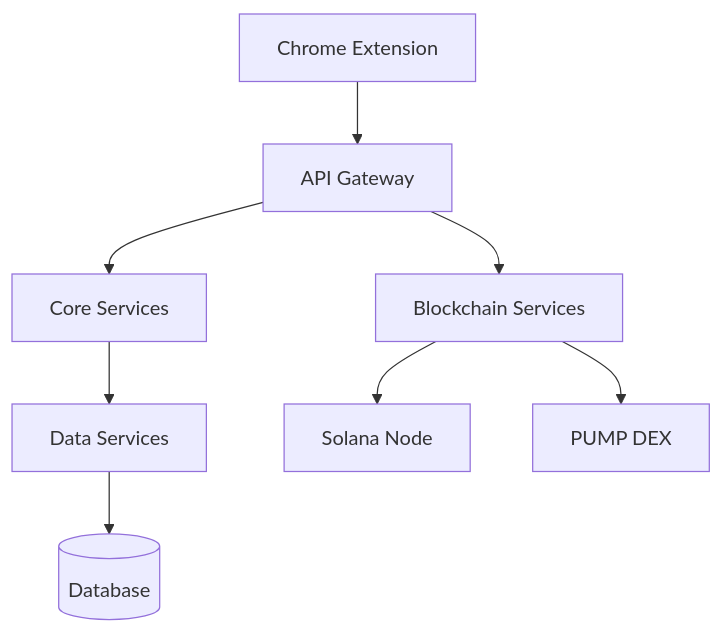
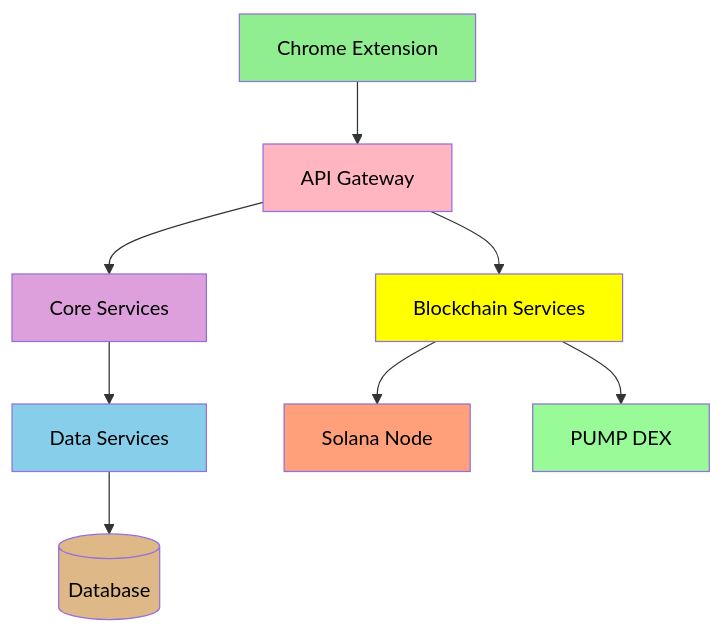
The first of 4 diagrams in docs/technical-architecture.md (MEMEFANS/memefans), drawn with Mermaid before and after one commit. The commit also changed other lines of this file and 15 other files, not shown here.

Commit message:
docs: update Mermaid diagram formats to use HTML div format for better rendering

````diff
--- a/docs/technical-architecture.md
+++ b/docs/technical-architecture.md
@@ -7,10 +7,19 @@
-```mermaid
+<div class="mermaid">
 graph TD
     A[Chrome Extension] --> B[API Gateway]
     B --> C[Core Services]
     B --> D[Blockchain Services]
     C --> E[Data Services]
     D --> F[Solana Node]
     D --> G[PUMP DEX]
     E --> H[(Database)]
-```
+    
+    style A fill:#90EE90,color:#000000
+    style B fill:#FFB6C1,color:#000000
+    style C fill:#DDA0DD,color:#000000
+    style D fill:#FFFF00,color:#000000
+    style E fill:#87CEEB,color:#000000
+    style F fill:#FFA07A,color:#000000
+    style G fill:#98FB98,color:#000000
+    style H fill:#DEB887,color:#000000
+</div>
````
